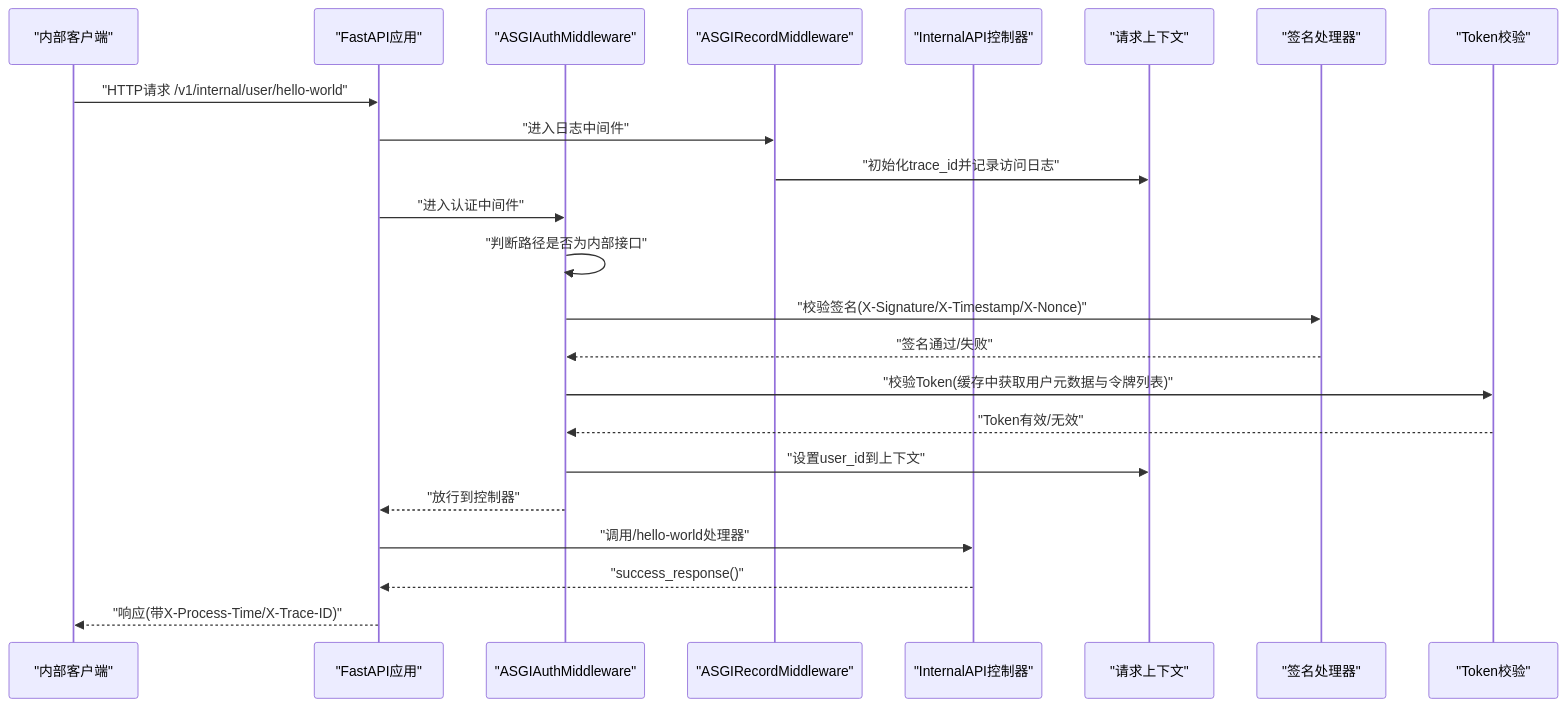
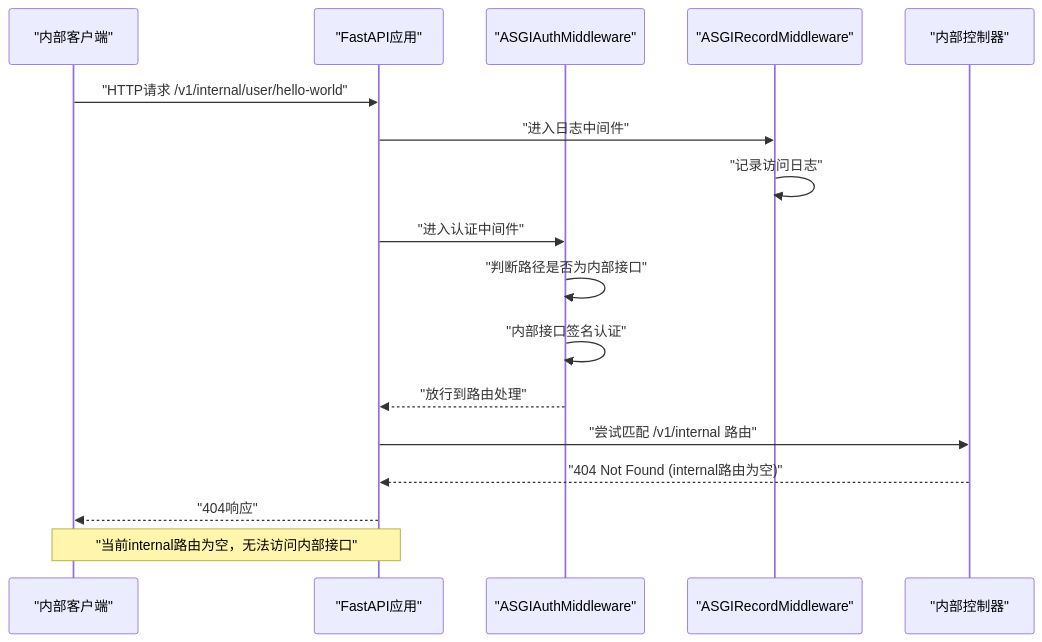
One commit to lilinzezzzzzz/fastapi-backend changed the second of 4 diagrams in .qoder/repowiki/zh/content/API接口文档/Internal API接口.md. Above: the diagram before and after it, drawn with Mermaid. The commit also changed other lines of this file and 42 other files, not shown here.

````diff
--- a/.qoder/repowiki/zh/content/API接口文档/Internal API接口.md
+++ b/.qoder/repowiki/zh/content/API接口文档/Internal API接口.md
@@ -109,25 +123,19 @@
 ```mermaid
 sequenceDiagram
 participant Client as "内部客户端"
 participant App as "FastAPI应用"
 participant AuthMW as "ASGIAuthMiddleware"
 participant RecMW as "ASGIRecordMiddleware"
-participant Ctrl as "InternalAPI控制器"
-participant Ctx as "请求上下文"
-participant Sig as "签名处理器"
-participant Tok as "Token校验"
+participant Ctrl as "内部控制器"
 Client->>App : "HTTP请求 /v1/internal/user/hello-world"
 App->>RecMW : "进入日志中间件"
-RecMW->>Ctx : "初始化trace_id并记录访问日志"
+RecMW->>RecMW : "记录访问日志"
 App->>AuthMW : "进入认证中间件"
 AuthMW->>AuthMW : "判断路径是否为内部接口"
-AuthMW->>Sig : "校验签名(X-Signature/X-Timestamp/X-Nonce)"
-Sig-->>AuthMW : "签名通过/失败"
-AuthMW->>Tok : "校验Token(缓存中获取用户元数据与令牌列表)"
-Tok-->>AuthMW : "Token有效/无效"
-AuthMW->>Ctx : "设置user_id到上下文"
-AuthMW-->>App : "放行到控制器"
-App->>Ctrl : "调用/hello-world处理器"
-Ctrl-->>App : "success_response()"
-App-->>Client : "响应(带X-Process-Time/X-Trace-ID)"
+AuthMW->>AuthMW : "内部接口签名认证"
+AuthMW-->>App : "放行到路由处理"
+App->>Ctrl : "尝试匹配 /v1/internal 路由"
+Ctrl-->>App : "404 Not Found (internal路由为空)"
+App-->>Client : "404响应"
+Note over Client,App : "当前internal路由为空，无法访问内部接口"
 ```
````
